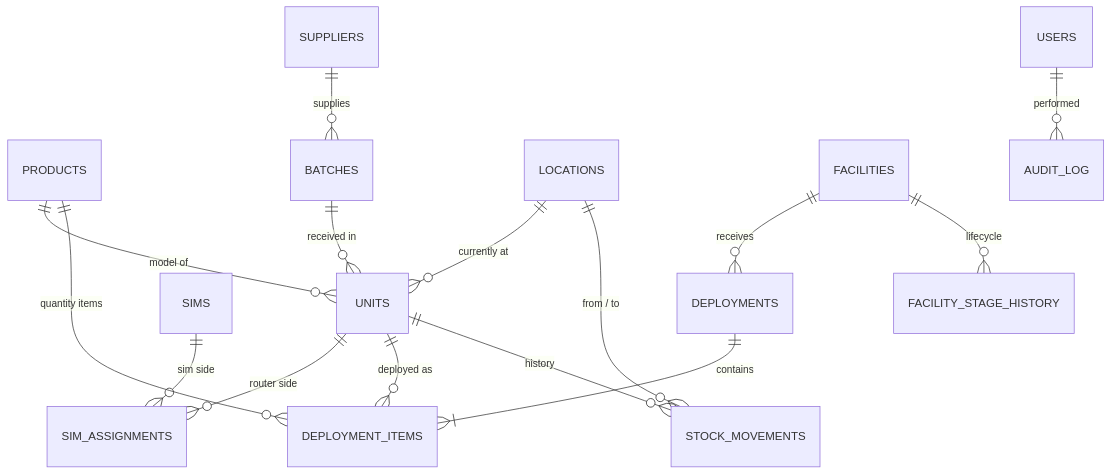
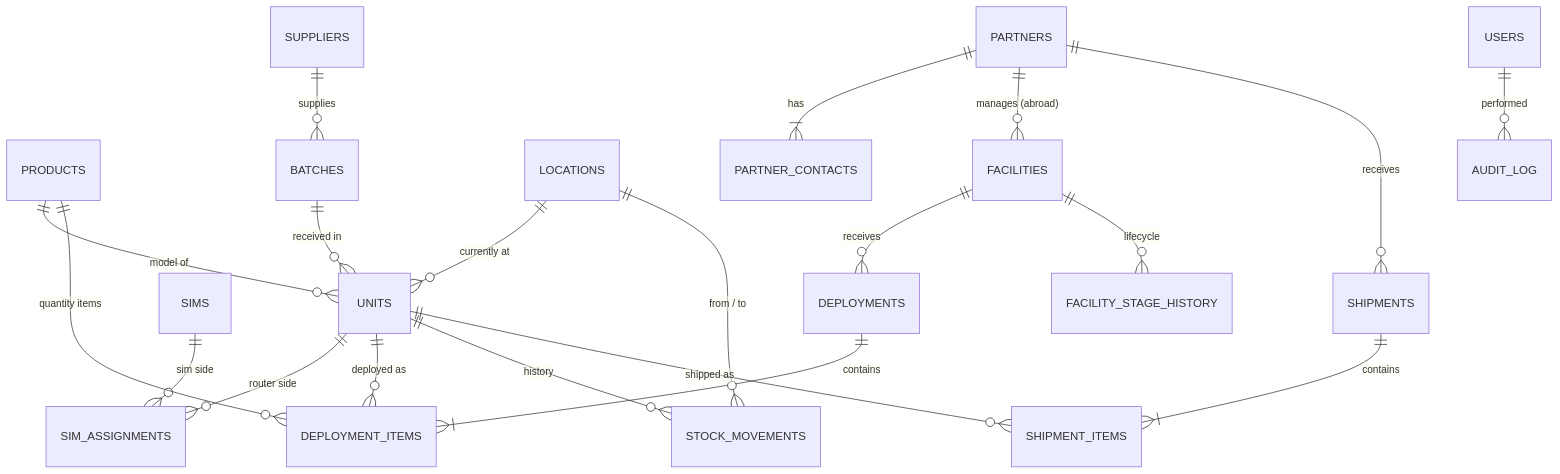
The diagram in docs/DATABASE.md (CodecFiles/Inventory-Tracker), drawn with Mermaid before and after one commit. The commit also changed other lines of this file and 1 other file, not shown here.

First line of the commit message:
Database model v0.2: partners abroad, shipments, IP per SIM assignment

````diff
--- a/docs/DATABASE.md
+++ b/docs/DATABASE.md
@@ -20,17 +24,22 @@
 ```mermaid
 erDiagram
     PRODUCTS ||--o{ UNITS : "model of"
     BATCHES ||--o{ UNITS : "received in"
     SUPPLIERS ||--o{ BATCHES : "supplies"
     LOCATIONS ||--o{ UNITS : "currently at"
     UNITS ||--o{ SIM_ASSIGNMENTS : "router side"
     SIMS ||--o{ SIM_ASSIGNMENTS : "sim side"
     FACILITIES ||--o{ DEPLOYMENTS : "receives"
     DEPLOYMENTS ||--|{ DEPLOYMENT_ITEMS : "contains"
     UNITS ||--o{ DEPLOYMENT_ITEMS : "deployed as"
     PRODUCTS ||--o{ DEPLOYMENT_ITEMS : "quantity items"
     UNITS ||--o{ STOCK_MOVEMENTS : "history"
     LOCATIONS ||--o{ STOCK_MOVEMENTS : "from / to"
     FACILITIES ||--o{ FACILITY_STAGE_HISTORY : "lifecycle"
+    PARTNERS ||--|{ PARTNER_CONTACTS : "has"
+    PARTNERS ||--o{ FACILITIES : "manages (abroad)"
+    PARTNERS ||--o{ SHIPMENTS : "receives"
+    SHIPMENTS ||--|{ SHIPMENT_ITEMS : "contains"
+    UNITS ||--o{ SHIPMENT_ITEMS : "shipped as"
     USERS ||--o{ AUDIT_LOG : "performed"
 ```
````
